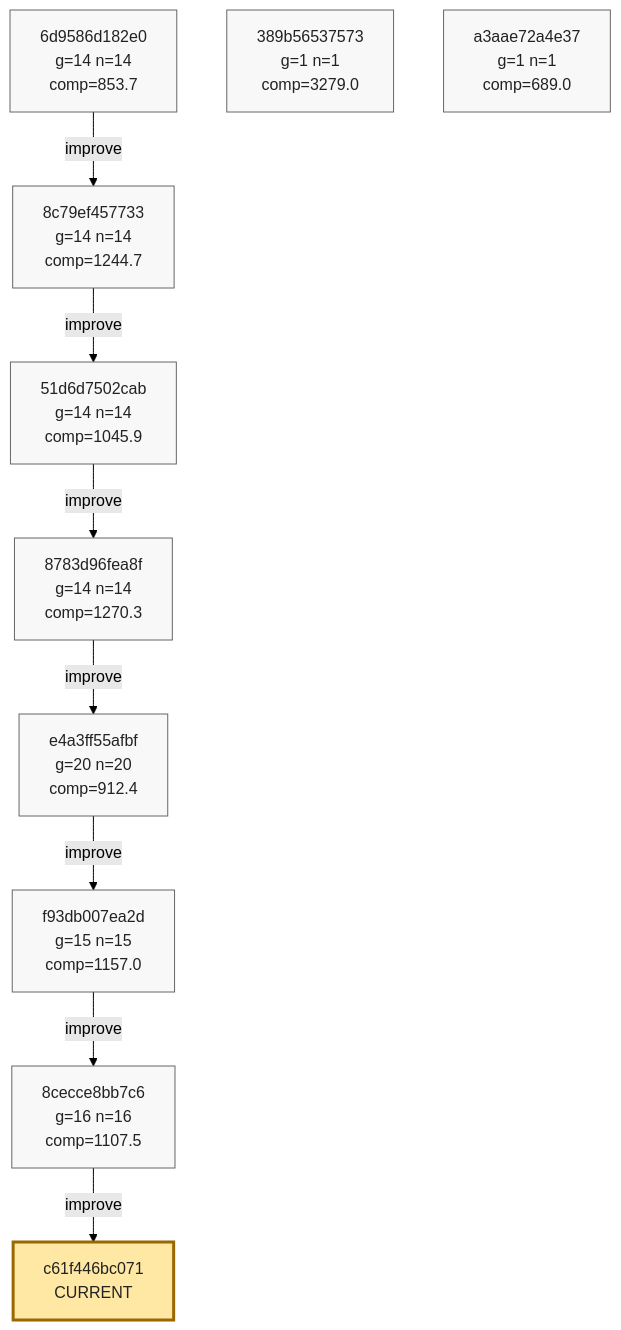
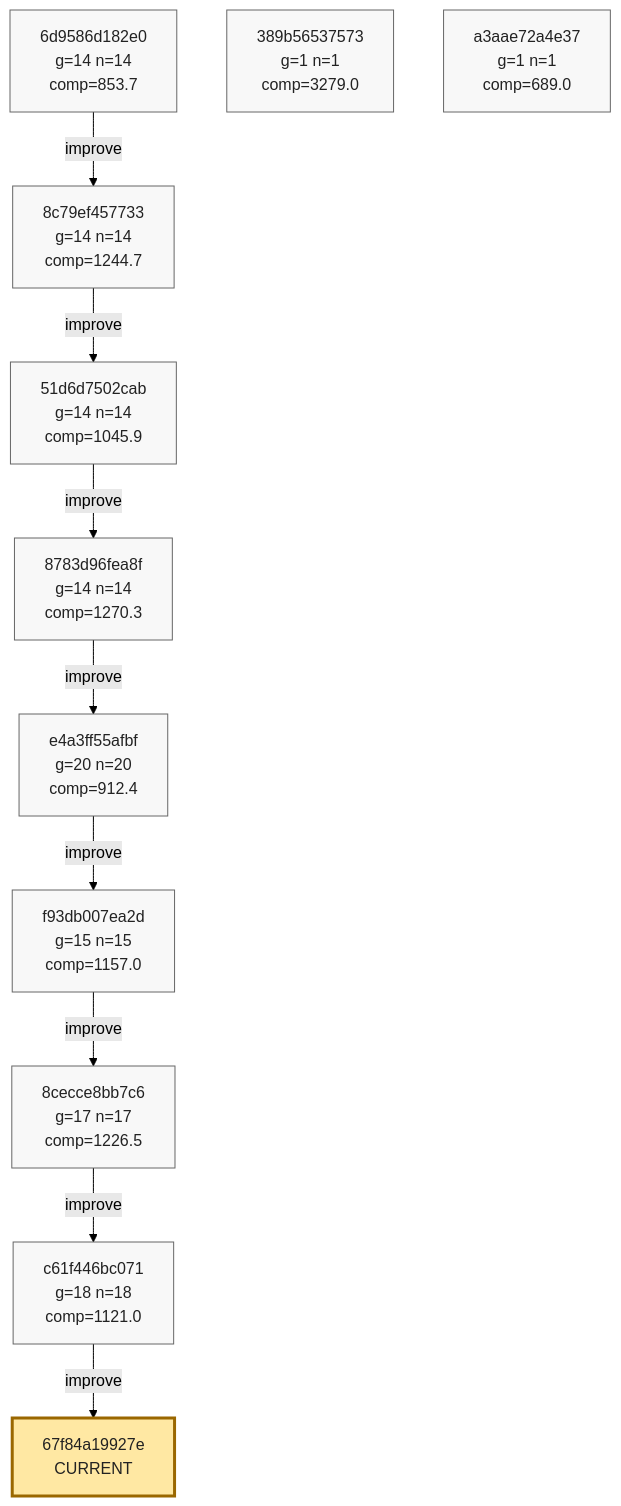
The eighth of 8 diagrams in phyrogenetic-tree.md (azumag/soviet_now), drawn with Mermaid (forest theme) before and after one commit. The commit also changed other lines of this file and 2 other files, not shown here.

Commit message:
eloop Improve after 12 games (scores: 1158 1177 1292 738 935 2289 1482 2761 717 514 1549 1569)

````diff
--- a/phyrogenetic-tree.md
+++ b/phyrogenetic-tree.md
@@ -1942,37 +1942,40 @@
 ```mermaid
 flowchart TD
     h_6d9586d182e0["6d9586d182e0<br/>g=14 n=14<br/>comp=853.7"]
     h_8c79ef457733["8c79ef457733<br/>g=14 n=14<br/>comp=1244.7"]
     h_51d6d7502cab["51d6d7502cab<br/>g=14 n=14<br/>comp=1045.9"]
     h_8783d96fea8f["8783d96fea8f<br/>g=14 n=14<br/>comp=1270.3"]
     h_e4a3ff55afbf["e4a3ff55afbf<br/>g=20 n=20<br/>comp=912.4"]
     h_f93db007ea2d["f93db007ea2d<br/>g=15 n=15<br/>comp=1157.0"]
-    h_8cecce8bb7c6["8cecce8bb7c6<br/>g=16 n=16<br/>comp=1107.5"]
+    h_8cecce8bb7c6["8cecce8bb7c6<br/>g=17 n=17<br/>comp=1226.5"]
+    h_c61f446bc071["c61f446bc071<br/>g=18 n=18<br/>comp=1121.0"]
     h_389b56537573["389b56537573<br/>g=1 n=1<br/>comp=3279.0"]
     h_a3aae72a4e37["a3aae72a4e37<br/>g=1 n=1<br/>comp=689.0"]
-    h_c61f446bc071["c61f446bc071<br/>CURRENT"]
+    h_67f84a19927e["67f84a19927e<br/>CURRENT"]
 
     h_6d9586d182e0 -->|improve| h_8c79ef457733
     h_8c79ef457733 -->|improve| h_51d6d7502cab
     h_51d6d7502cab -->|improve| h_8783d96fea8f
     h_8783d96fea8f -->|improve| h_e4a3ff55afbf
     h_e4a3ff55afbf -->|improve| h_f93db007ea2d
     h_f93db007ea2d -->|improve| h_8cecce8bb7c6
     h_8cecce8bb7c6 -->|improve| h_c61f446bc071
+    h_c61f446bc071 -->|improve| h_67f84a19927e
 
     classDef plain fill:#f8f8f8,stroke:#666,stroke-width:1px,color:#222;
     classDef current fill:#ffe8a3,stroke:#9a6700,stroke-width:3px,color:#222;
     classDef anchor fill:#d7f5dd,stroke:#1f6f43,stroke-width:3px,color:#222;
     classDef current_anchor fill:#f3e4a8,stroke:#1f6f43,stroke-width:4px,color:#222;
 
     class h_6d9586d182e0 plain;
     class h_8c79ef457733 plain;
     class h_51d6d7502cab plain;
     class h_8783d96fea8f plain;
     class h_e4a3ff55afbf plain;
     class h_f93db007ea2d plain;
     class h_8cecce8bb7c6 plain;
+    class h_c61f446bc071 plain;
     class h_389b56537573 plain;
     class h_a3aae72a4e37 plain;
-    class h_c61f446bc071 current;
+    class h_67f84a19927e current;
 ```
````
